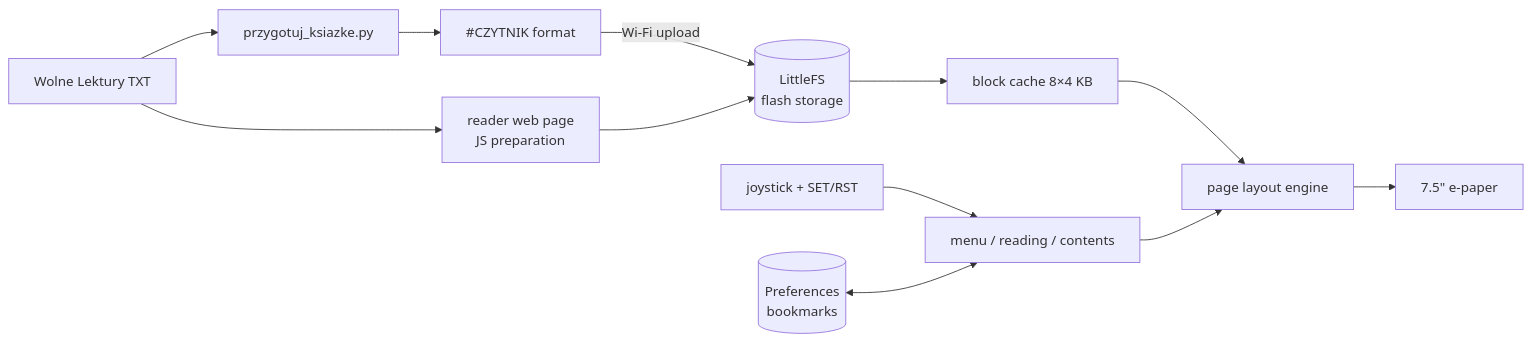
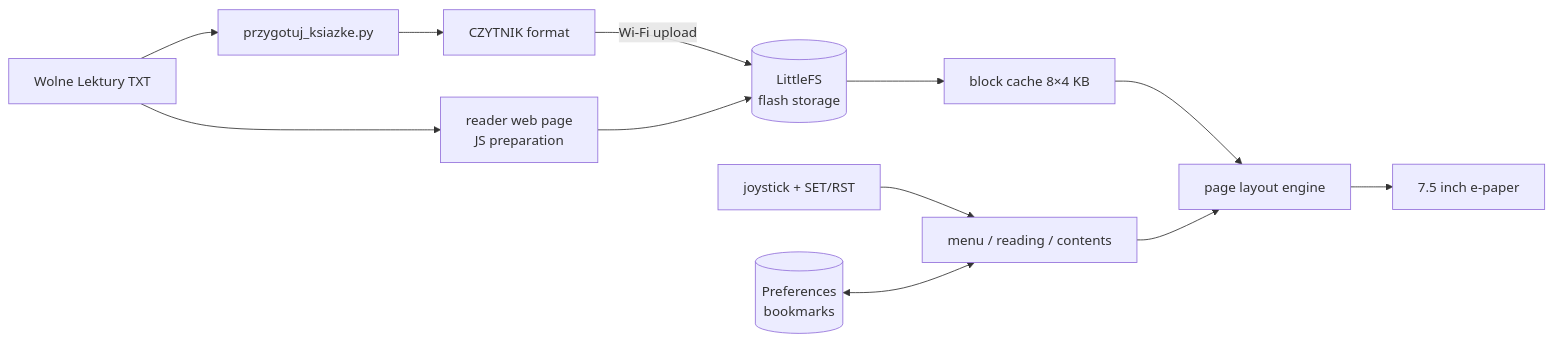
One commit to PawelWozniak1/eink-ebook-reader changed the diagram in README.md. Above: the diagram before and after it, drawn with Mermaid. The commit also changed 1 other file, not shown here.

Commit message:
Fix Mermaid diagram parse error on GitHub

````diff
--- a/README.md
+++ b/README.md
@@ -84,14 +84,14 @@
 ```mermaid
 flowchart LR
-    WL[Wolne Lektury TXT] --> PY[przygotuj_ksiazke.py]
-    WL --> JS[reader web page<br/>JS preparation]
-    PY --> TXT[#CZYTNIK format]
-    TXT -->|Wi-Fi upload| FS[(LittleFS<br/>flash storage)]
+    WL["Wolne Lektury TXT"] --> PY["przygotuj_ksiazke.py"]
+    WL --> JS["reader web page<br/>JS preparation"]
+    PY --> TXT["CZYTNIK format"]
+    TXT -->|"Wi-Fi upload"| FS[("LittleFS<br/>flash storage")]
     JS --> FS
-    FS --> CACHE[block cache 8×4 KB]
-    CACHE --> LAYOUT[page layout engine]
-    LAYOUT --> EPD[7.5&quot; e-paper]
-    JOY[joystick + SET/RST] --> UI[menu / reading / contents]
+    FS --> CACHE["block cache 8×4 KB"]
+    CACHE --> LAYOUT["page layout engine"]
+    LAYOUT --> EPD["7.5 inch e-paper"]
+    JOY["joystick + SET/RST"] --> UI["menu / reading / contents"]
     UI --> LAYOUT
-    NVS[(Preferences<br/>bookmarks)] <--> UI
+    NVS[("Preferences<br/>bookmarks")] <--> UI
 ```
````
